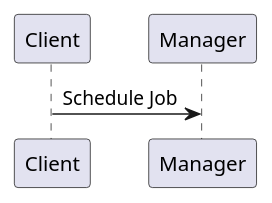
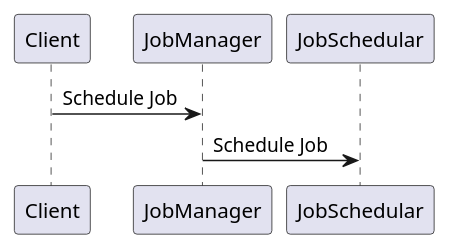
The diagram in doc/img/job_seqdgm.pu (cybergarage/go-job), drawn with PlantUML before and after one commit.

Commit message:
Update images

```diff
--- a/doc/img/job_seqdgm.pu
+++ b/doc/img/job_seqdgm.pu
@@ -1,3 +1,4 @@
 @startuml
-Client -> Manager : Schedule Job
+Client -> JobManager : Schedule Job
+JobManager -> JobSchedular : Schedule Job
 @enduml
```
